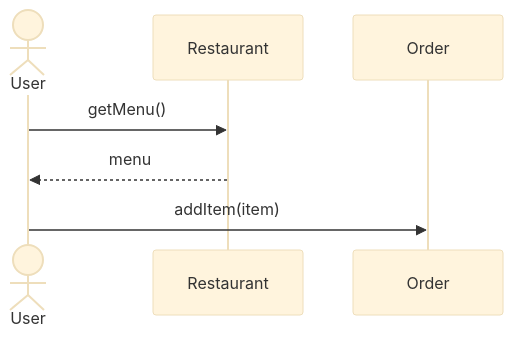
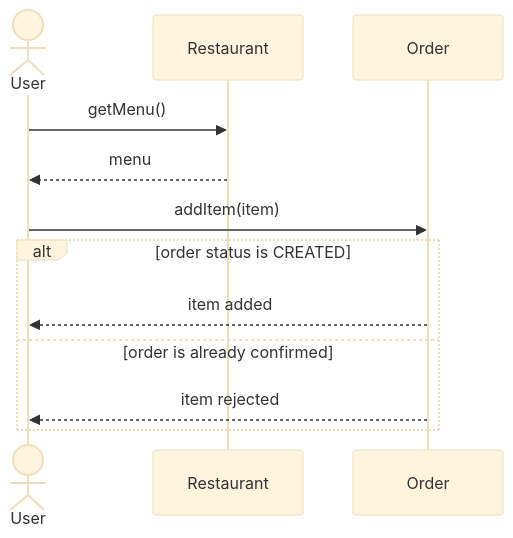
One commit to rakanjazzar-eng/holbertonschool-UML-PROJECT changed the diagram in sequence_add_item.mmd. Above: the diagram before and after it, drawn with Mermaid (base theme). The commit also changed 3 other files, not shown here.

Commit message:
Show associations and dependencies in class diagram, add alt flows to sequence diagrams

```diff
--- a/sequence_add_item.mmd
+++ b/sequence_add_item.mmd
@@ -1,8 +1,14 @@
 sequenceDiagram
     actor User
     participant Restaurant
     participant Order
 
     User->>Restaurant: getMenu()
     Restaurant-->>User: menu
     User->>Order: addItem(item)
+
+    alt order status is CREATED
+        Order-->>User: item added
+    else order is already confirmed
+        Order-->>User: item rejected
+    end
```
